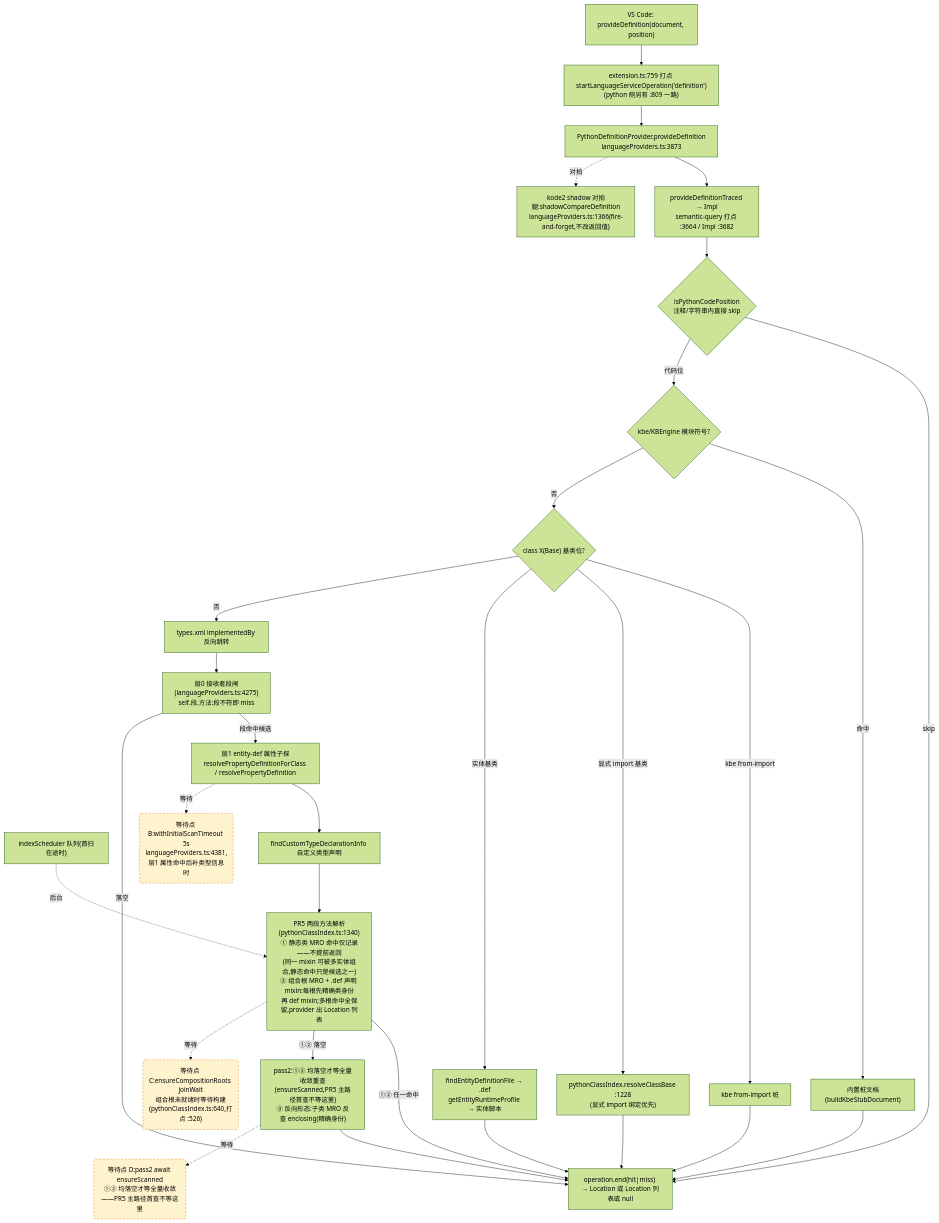
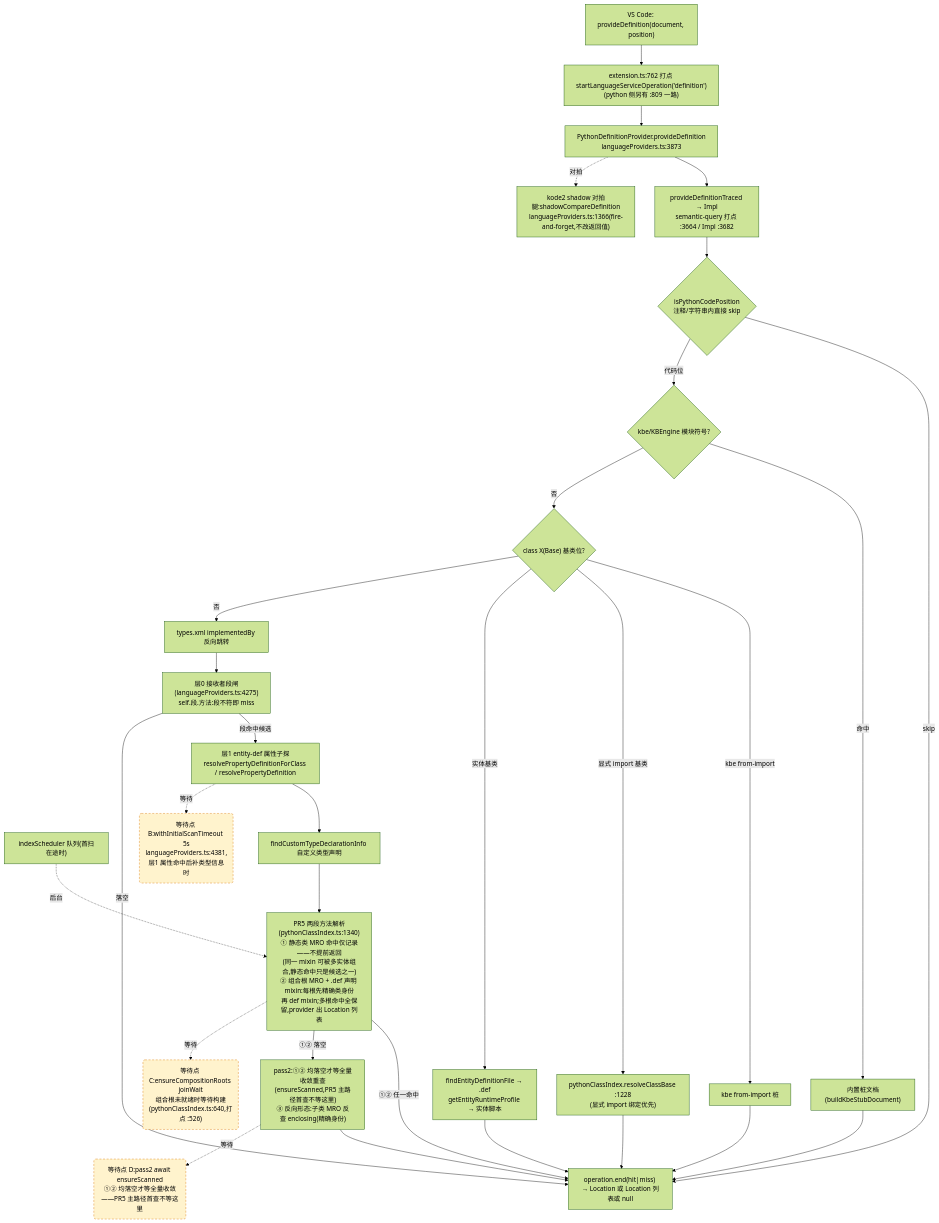
Before and after one commit to cuihairu/kode: the second of 4 diagrams in docs/perf/2026-baseline.md, drawn with Mermaid (forest theme). The commit also changed other lines of this file and 10 other files, not shown here.

````diff
--- a/docs/perf/2026-baseline.md
+++ b/docs/perf/2026-baseline.md
@@ -130,51 +130,51 @@
 ```mermaid
 flowchart TD
   VC2["VS Code: provideDefinition(document, position)"]
-  M2["extension.ts:759 打点 startLanguageServiceOperation('definition')<br/>(python 侧另有 :809 一路)"]
+  M2["extension.ts:762 打点 startLanguageServiceOperation('definition')<br/>(python 侧另有 :809 一路)"]
   AD2["PythonDefinitionProvider.provideDefinition<br/>languageProviders.ts:3873"]
   TR["provideDefinitionTraced → Impl<br/>semantic-query 打点 :3664 / Impl :3682"]
   CTX{"isPythonCodePosition<br/>注释/字符串内直接 skip"}
   KBE{"kbe/KBEngine 模块符号?"}
   STUB["内置桩文档(buildKbeStubDocument)"]
   CB{"class X(Base) 基类位?"}
   CB1["kbe from-import 桩"]
   CB2["pythonClassIndex.resolveClassBase :1228<br/>(显式 import 绑定优先)"]
   CB3["findEntityDefinitionFile → .def<br/>getEntityRuntimeProfile → 实体脚本"]
   REV["types.xml implementedBy 反向跳转"]
   L0["层0 接收者段闸(languageProviders.ts:4275)<br/>self.段.方法:段不符即 miss"]
   L1["层1 entity-def 属性子探<br/>resolvePropertyDefinitionForClass / resolvePropertyDefinition"]
   SCAN["indexScheduler 队列(首扫在途时)"]
   TY["findCustomTypeDeclarationInfo 自定义类型声明"]
   MRO["PR5 两段方法解析(pythonClassIndex.ts:1340)<br/>① 静态类 MRO 命中仅记录——不提前返回<br/>(同一 mixin 可被多实体组合,静态命中只是候选之一)<br/>② 组合根 MRO + .def 声明 mixin:每根先精确类身份<br/>再 def mixin;多根命中全保留,provider 出 Location 列表"]
   PASS2["pass2:①② 均落空才等全量收敛重查<br/>(ensureScanned,PR5 主路径首查不等这里)<br/>③ 反向形态:子类 MRO 反查 enclosing(精确身份)"]
   SHD["kode2 shadow 对拍腿:shadowCompareDefinition<br/>languageProviders.ts:1366(fire-and-forget,不改返回值)"]
   END2["operation.end(hit|miss) → Location 或 Location 列表或 null"]
 
   VC2 --> M2 --> AD2 --> TR --> CTX
   CTX -- "skip" --> END2
   CTX -- "代码位" --> KBE
   KBE -- "命中" --> STUB --> END2
   KBE -- "否" --> CB
   CB -- "kbe from-import" --> CB1 --> END2
   CB -- "显式 import 基类" --> CB2 --> END2
   CB -- "实体基类" --> CB3 --> END2
   CB -- "否" --> REV --> L0
   L0 -- "段命中候选" --> L1
   L0 -- "落空" --> END2
   L1 --> TY
   TY --> MRO
   MRO -- "①② 任一命中" --> END2
   MRO -- "①② 落空" --> PASS2 --> END2
   AD2 -.->|对拍| SHD
 
   WAITB("等待点 B:withInitialScanTimeout 5s<br/>languageProviders.ts:4381,层1 属性命中后补类型信息时")
   WAITC("等待点 C:ensureCompositionRoots joinWait<br/>组合根未就绪时等待构建(pythonClassIndex.ts:640,打点 :526)")
   WAITD("等待点 D:pass2 await ensureScanned<br/>①② 均落空才等全量收敛——PR5 主路径首查不等这里")
   L1 -.->|等待| WAITB
   MRO -.->|等待| WAITC
   PASS2 -.->|等待| WAITD
   SCAN -.->|后台| MRO
 
   classDef waitPoint fill:#fff3cd,stroke:#d97706,stroke-dasharray:5 4;
   class WAITB,WAITC,WAITD waitPoint;
 ```
````
